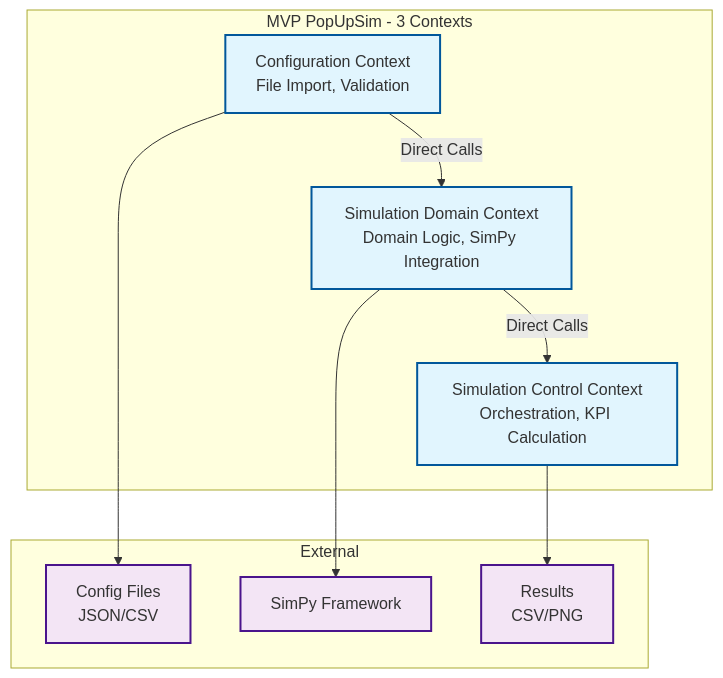
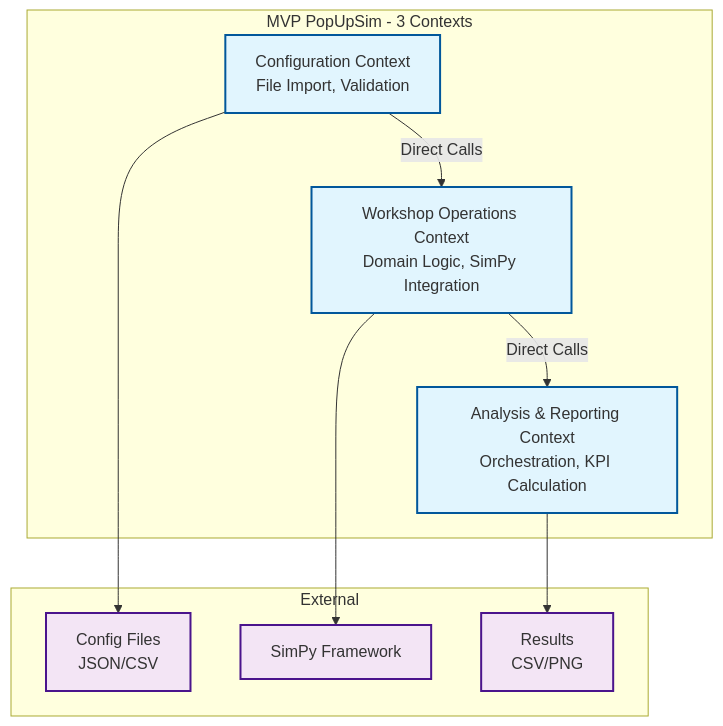
One commit to OpenRailAssociation/dac-migration-dss-popupsim changed the first of 2 diagrams in docs/mvp/development/02-mvp-contexts.md. Above: the diagram before and after it, drawn with Mermaid. The commit also changed other lines of this file and 13 other files, not shown here.

````diff
--- a/docs/mvp/development/02-mvp-contexts.md
+++ b/docs/mvp/development/02-mvp-contexts.md
@@ -9,27 +9,27 @@
 ```mermaid
 graph TB
     subgraph "MVP PopUpSim - 3 Contexts"
         CC[Configuration Context<br/>File Import, Validation]
-        SDC[Simulation Domain Context<br/>Domain Logic, SimPy Integration]
-        SCC[Simulation Control Context<br/>Orchestration, KPI Calculation]
+        SDC[Workshop Operations Context<br/>Domain Logic, SimPy Integration]
+        SCC[Analysis & Reporting Context<br/>Orchestration, KPI Calculation]
     end
 
     subgraph "External"
         Files[Config Files<br/>JSON/CSV]
         SimPy[SimPy Framework]
         Output[Results<br/>CSV/PNG]
     end
 
     CC --> Files
     SDC --> SimPy
     SCC --> Output
 
     CC -->|Direct Calls| SDC
     SDC -->|Direct Calls| SCC
 
     classDef context fill:#e1f5fe,stroke:#01579b,stroke-width:2px
     classDef external fill:#f3e5f5,stroke:#4a148c,stroke-width:2px
 
     class CC,SDC,SCC context
     class Files,SimPy,Output external
 ```
````
